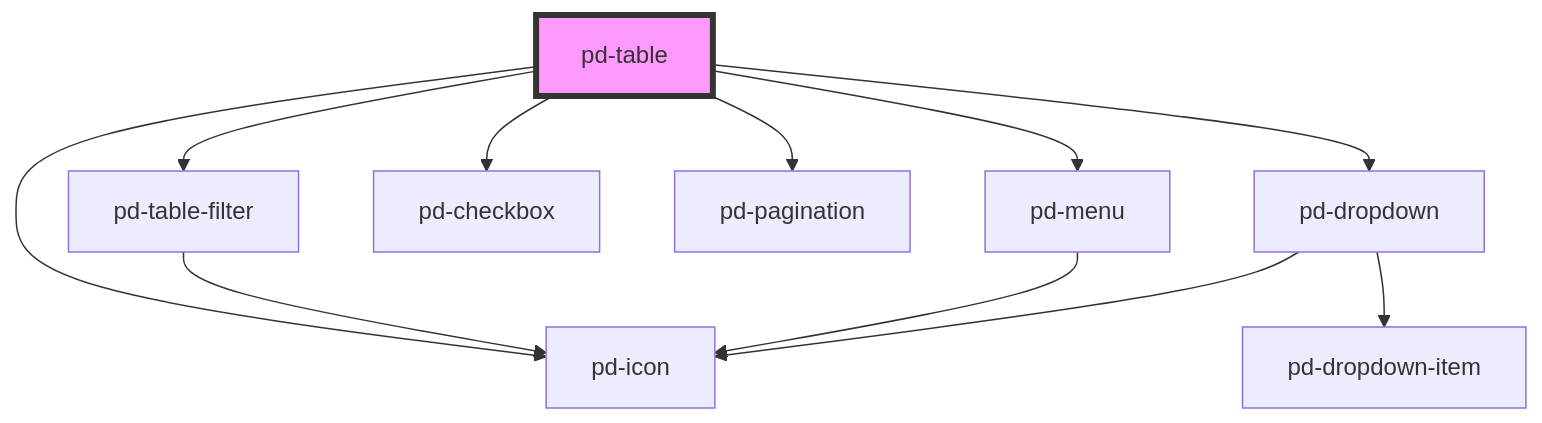
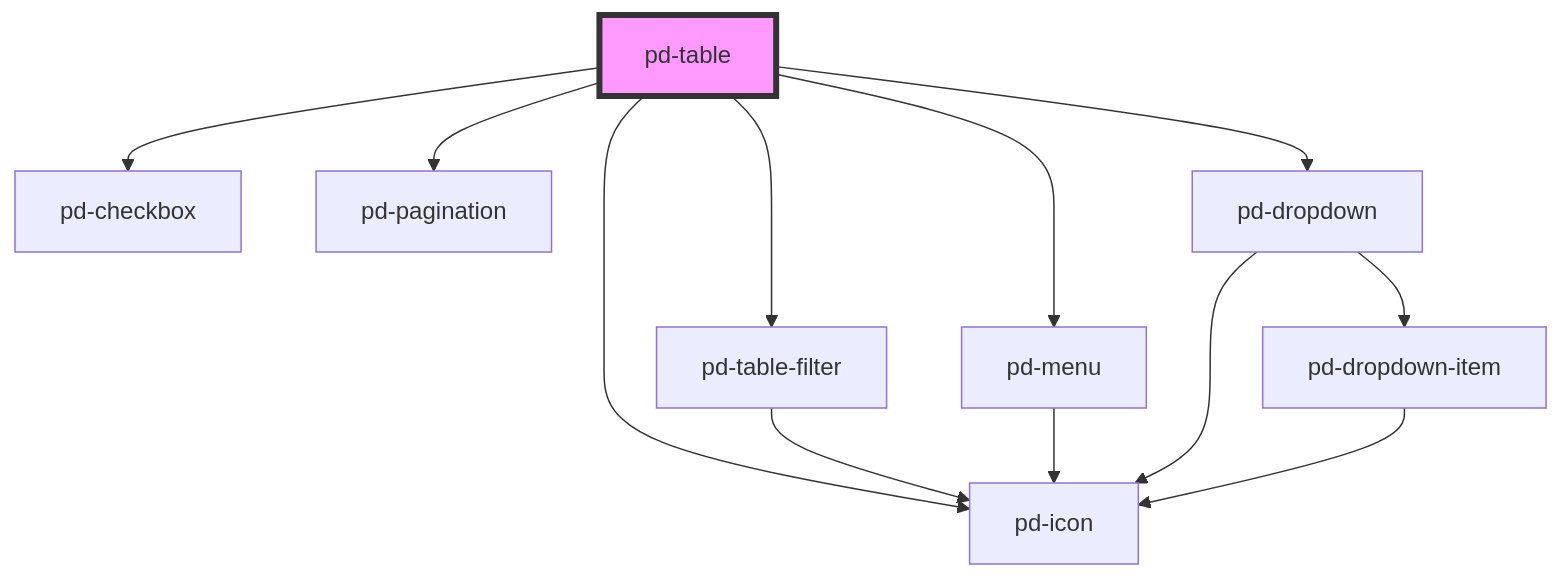
One commit to Lambda-IT/parlamentsdienste-components changed the diagram in src/components/pd-table/readme.md. Above: the diagram before and after it, drawn with Mermaid. The commit also changed 6 other files, not shown here.

````diff
--- a/src/components/pd-table/readme.md
+++ b/src/components/pd-table/readme.md
@@ -261,14 +261,15 @@
 ```mermaid
 graph TD;
   pd-table --> pd-table-filter
   pd-table --> pd-menu
   pd-table --> pd-checkbox
   pd-table --> pd-icon
   pd-table --> pd-pagination
   pd-table --> pd-dropdown
   pd-table-filter --> pd-icon
   pd-menu --> pd-icon
   pd-dropdown --> pd-icon
   pd-dropdown --> pd-dropdown-item
+  pd-dropdown-item --> pd-icon
   style pd-table fill:#f9f,stroke:#333,stroke-width:4px
 ```
````
